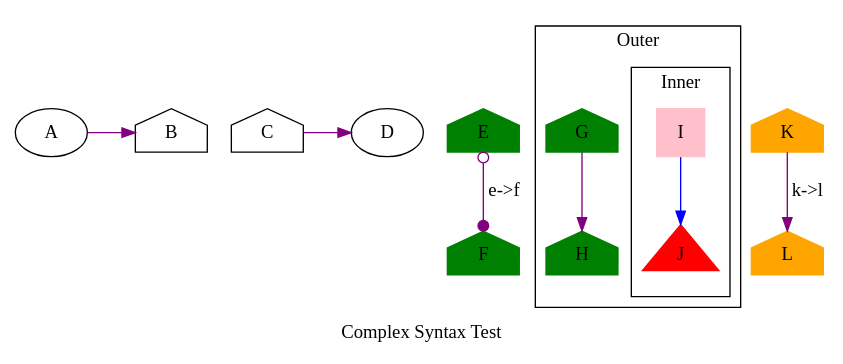
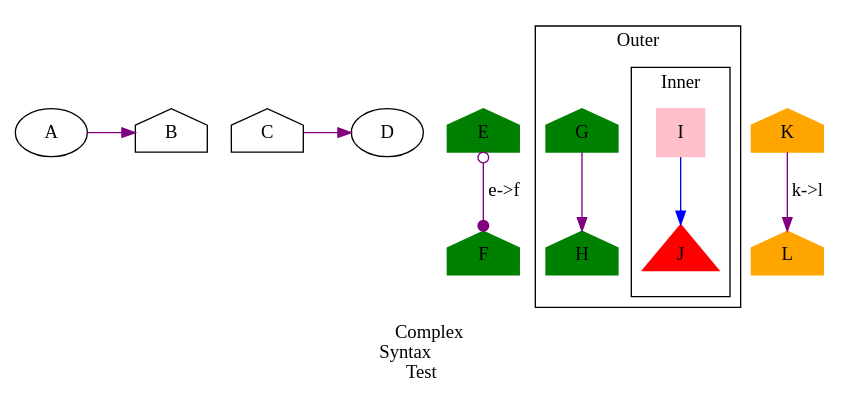
One commit to gitpan/GraphViz2-Marpa changed the diagram in data/53.gv. Above: the diagram before and after it, drawn with Graphviz. The commit also changed 1063 other files, not shown here.

First line of the commit message:
Import of RSAVAGE/GraphViz2-Marpa-2.00.tgz from CPAN.

```diff
--- a/data/53.gv
+++ b/data/53.gv
@@ -1,47 +1,49 @@
+# Hash comment
+
 strict digraph graph_53
 {
-	label   = "Complex Syntax Test"
+	label   = "Complex\rSyntax\lTest"
 	rankdir = TB
 
 	A [shape = oval]
 
 	node [shape = house]
 	edge [color = purple]
 
 	{
 		rank = same
 		B
 		C
 		node [shape = oval]
 		D
 		ordering = out
 		A -> B
 		C -> D
 	}
 
 	node [color = green style = filled]
 	E
 	F
 	E -> F [label = "e->f", dir = both, arrowhead = dot, arrowtail = odot]
 
 	subgraph cluster_outer
 	{
 		G -> H
 		node [shape = hexagon]
 		node [color = red]
 		label = Outer
 		subgraph cluster_inner
 		{
 			node [shape = triangle]
 			edge [color = blue]
 			I [color = pink shape = square]
 			I -> J
 			label = Inner
 		}
 	}
 	graph [rankdir = TB]
 	node  [color   = orange]
 	K
 	L
 	K -> L [label = "k->l"]
 }
```
